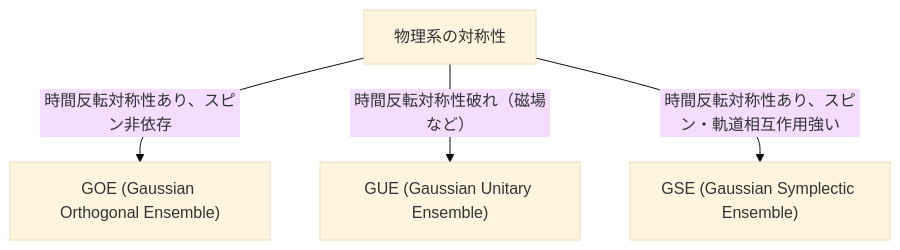
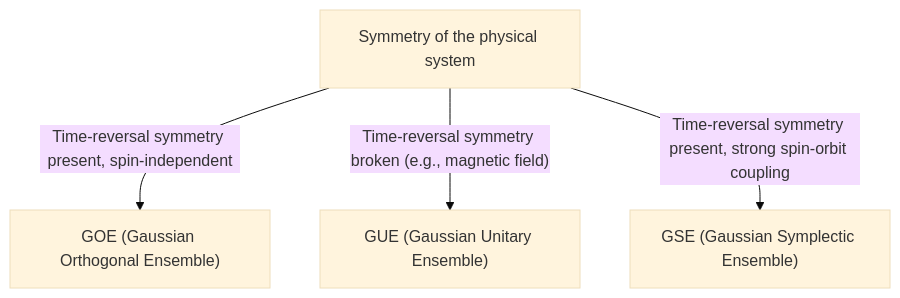
One commit to kenjinote/blog changed the diagram in content/post/random-matrix-theory/index.en.md. Above: the diagram before and after it, drawn with Mermaid (base theme). The commit also changed other lines of this file and 11 other files, not shown here.

````diff
--- a/content/post/random-matrix-theory/index.en.md
+++ b/content/post/random-matrix-theory/index.en.md
@@ -43,6 +43,6 @@
 ```mermaid
 graph TD
-    A["物理系の対称性"] -- "時間反転対称性あり、スピン非依存" --> B["GOE (Gaussian Orthogonal Ensemble)"]
-    A -- "時間反転対称性破れ（磁場など）" --> C["GUE (Gaussian Unitary Ensemble)"]
-    A -- "時間反転対称性あり、スピン・軌道相互作用強い" --> D["GSE (Gaussian Symplectic Ensemble)"]
+    A["Symmetry of the physical system"] -- "Time-reversal symmetry present, spin-independent" --> B["GOE (Gaussian Orthogonal Ensemble)"]
+    A -- "Time-reversal symmetry broken (e.g., magnetic field)" --> C["GUE (Gaussian Unitary Ensemble)"]
+    A -- "Time-reversal symmetry present, strong spin-orbit coupling" --> D["GSE (Gaussian Symplectic Ensemble)"]
 ```
````
